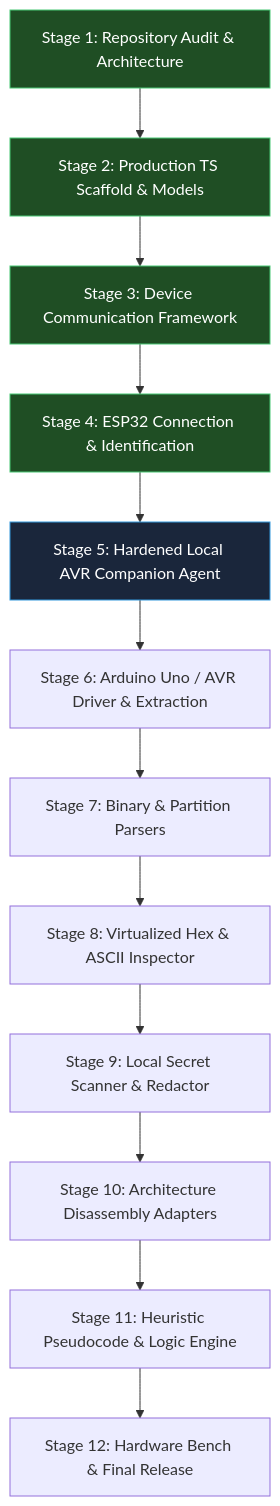
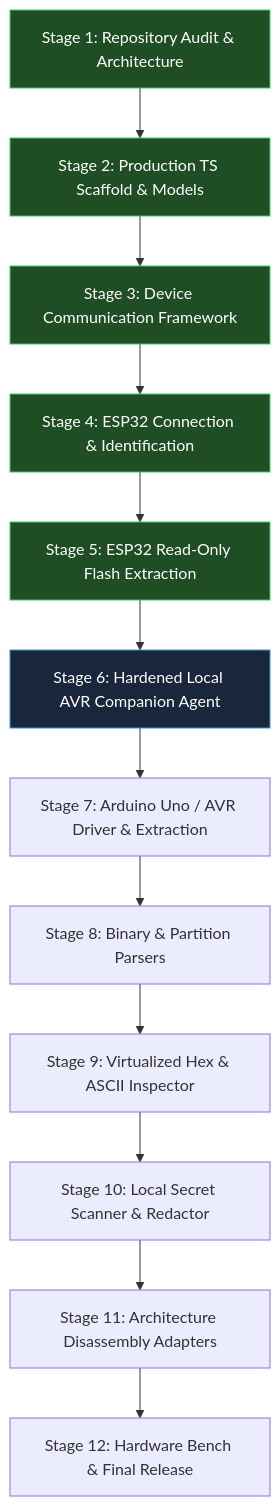
Before and after one commit to sfelixandrew/MICROCODE: the diagram in docs/progress.md, drawn with Mermaid. The commit also changed other lines of this file and 5 other files, not shown here.

Commit message:
feat(stage-5): implement ESP32 read-only flash extractor, chunking engine, shannon entropy classifier, and safety tests

````diff
--- a/docs/progress.md
+++ b/docs/progress.md
@@ -5,20 +5,21 @@
 ```mermaid
 flowchart TD
     S1["Stage 1: Repository Audit & Architecture"] --> S2["Stage 2: Production TS Scaffold & Models"]
     S2 --> S3["Stage 3: Device Communication Framework"]
     S3 --> S4["Stage 4: ESP32 Connection & Identification"]
-    S4 --> S5["Stage 5: Hardened Local AVR Companion Agent"]
-    S5 --> S6["Stage 6: Arduino Uno / AVR Driver & Extraction"]
-    S6 --> S7["Stage 7: Binary & Partition Parsers"]
-    S7 --> S8["Stage 8: Virtualized Hex & ASCII Inspector"]
-    S8 --> S9["Stage 9: Local Secret Scanner & Redactor"]
-    S9 --> S10["Stage 10: Architecture Disassembly Adapters"]
-    S10 --> S11["Stage 11: Heuristic Pseudocode & Logic Engine"]
+    S4 --> S5["Stage 5: ESP32 Read-Only Flash Extraction"]
+    S5 --> S6["Stage 6: Hardened Local AVR Companion Agent"]
+    S6 --> S7["Stage 7: Arduino Uno / AVR Driver & Extraction"]
+    S7 --> S8["Stage 8: Binary & Partition Parsers"]
+    S8 --> S9["Stage 9: Virtualized Hex & ASCII Inspector"]
+    S9 --> S10["Stage 10: Local Secret Scanner & Redactor"]
+    S10 --> S11["Stage 11: Architecture Disassembly Adapters"]
     S11 --> S12["Stage 12: Hardware Bench & Final Release"]
 
     style S1 fill:#1f4e24,stroke:#48c774,color:#fff
     style S2 fill:#1f4e24,stroke:#48c774,color:#fff
     style S3 fill:#1f4e24,stroke:#48c774,color:#fff
     style S4 fill:#1f4e24,stroke:#48c774,color:#fff
-    style S5 fill:#1a263b,stroke:#3298dc,color:#fff
+    style S5 fill:#1f4e24,stroke:#48c774,color:#fff
+    style S6 fill:#1a263b,stroke:#3298dc,color:#fff
 ```
````
